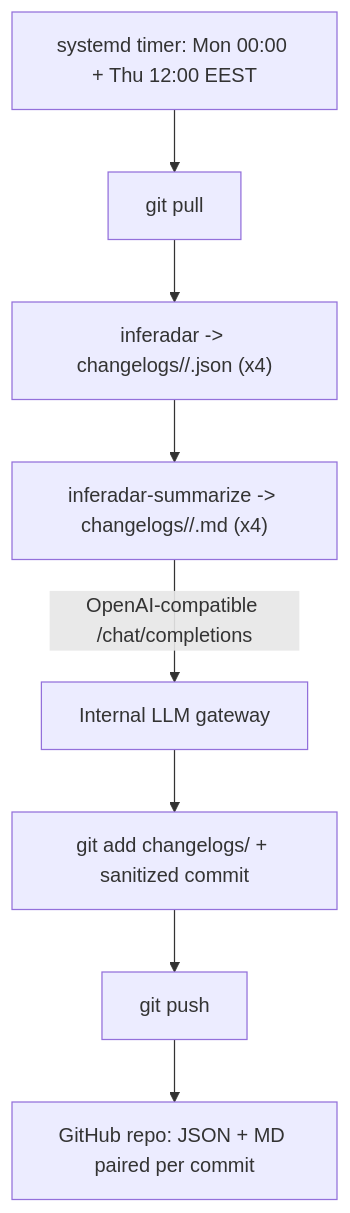
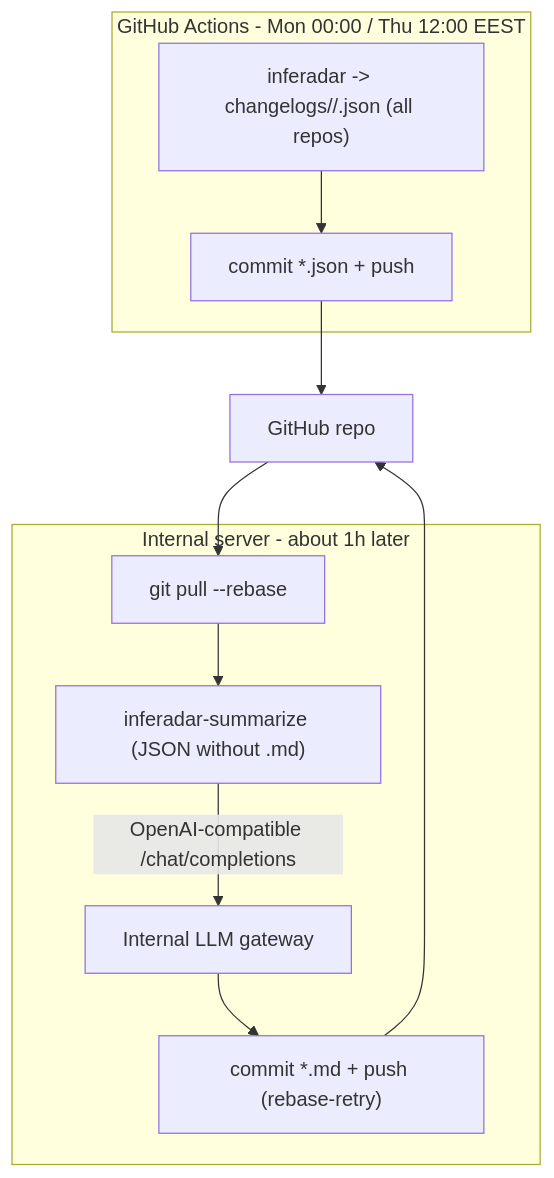
Before and after one commit to akii96/infeRadar: the diagram in README.md, drawn with Mermaid. The commit also changed other lines of this file and 7 other files, not shown here.

First line of the commit message:
Split pipeline: GitHub Actions generates JSON, server does markdown

````diff
--- a/README.md
+++ b/README.md
@@ -25,10 +34,14 @@
 ```mermaid
 graph TD
-  timer["systemd timer: Mon 00:00 + Thu 12:00 EEST"] --> pull["git pull"]
-  pull --> gen["inferadar -> changelogs/<window>/<repo>.json (x4)"]
-  gen --> sum["inferadar-summarize -> changelogs/<window>/<repo>.md (x4)"]
-  sum -->|"OpenAI-compatible /chat/completions"| gw["Internal LLM gateway"]
-  gw --> commit["git add changelogs/ + sanitized commit"]
-  commit --> push["git push"]
-  push --> repo["GitHub repo: JSON + MD paired per commit"]
+  subgraph cloud [GitHub Actions - Mon 00:00 / Thu 12:00 EEST]
+    a1["inferadar -> changelogs/<window>/<repo>.json (all repos)"] --> a2["commit *.json + push"]
+  end
+  subgraph server [Internal server - about 1h later]
+    s1["git pull --rebase"] --> s2["inferadar-summarize (JSON without .md)"]
+    s2 -->|"OpenAI-compatible /chat/completions"| gw["Internal LLM gateway"]
+    gw --> s3["commit *.md + push (rebase-retry)"]
+  end
+  a2 --> repo["GitHub repo"]
+  repo --> s1
+  s3 --> repo
 ```
````
